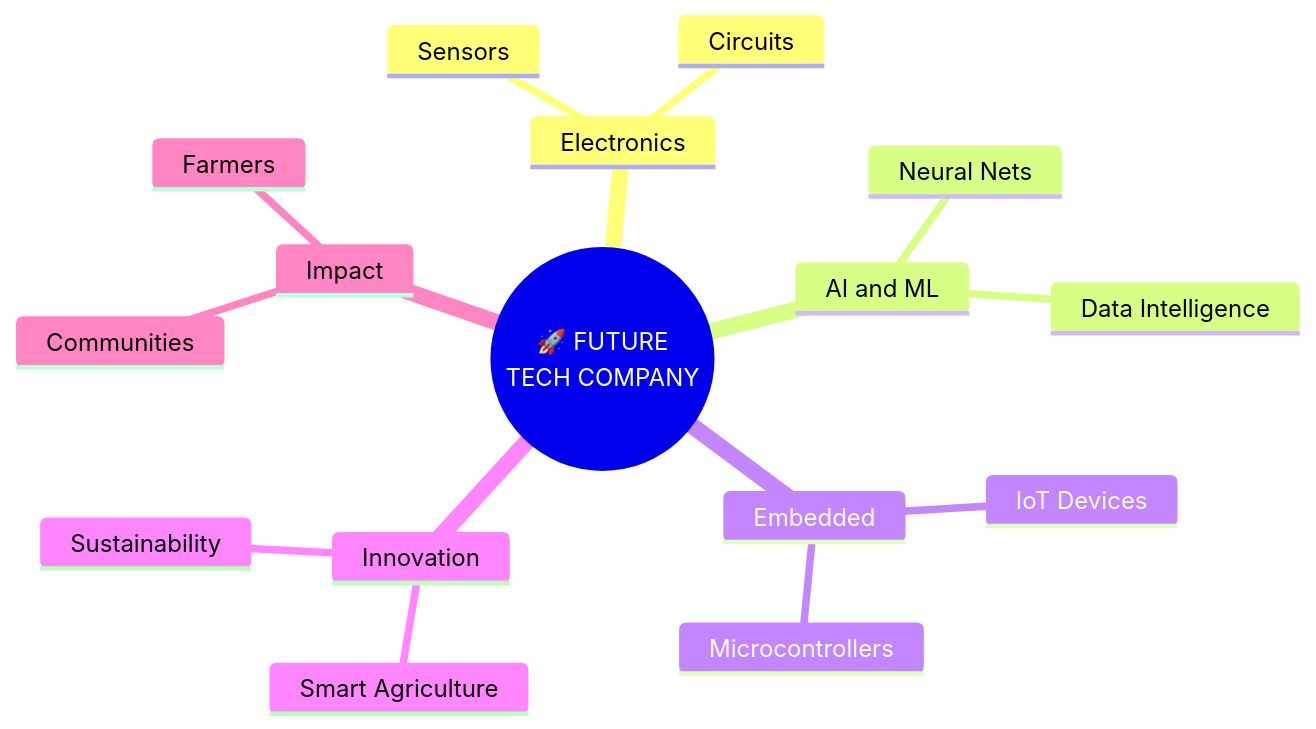
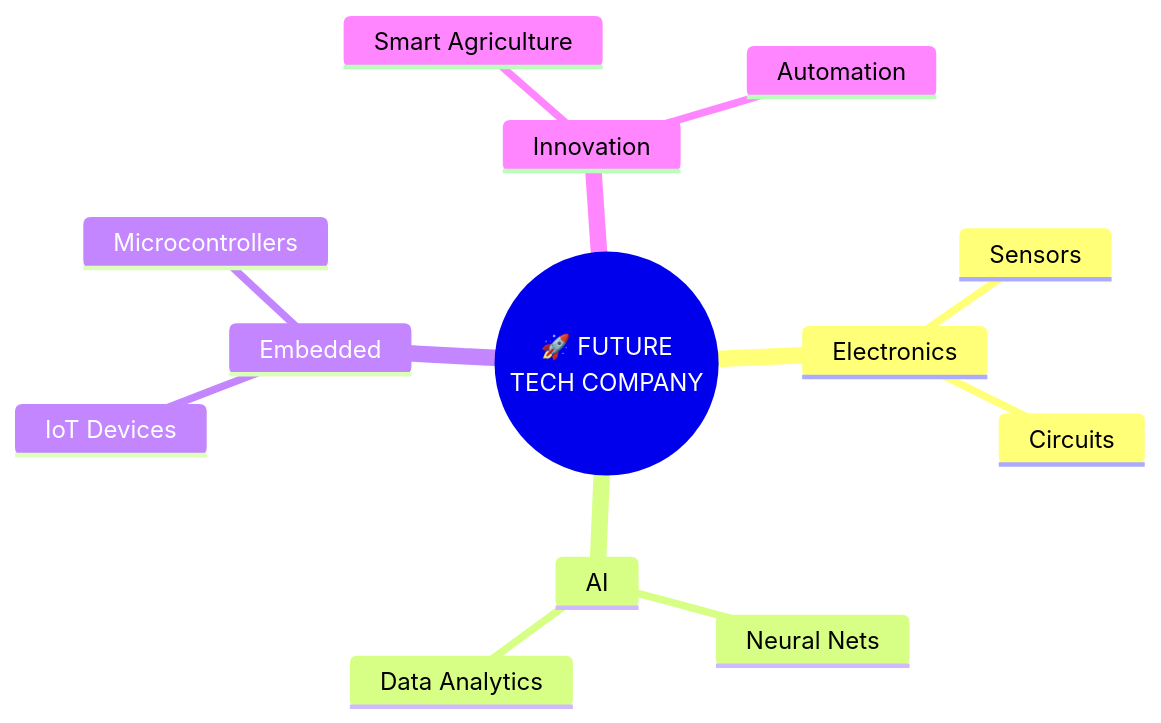
One commit to sabeeshvar/Portfolio changed the second of 2 diagrams in README.md. Above: the diagram before and after it, drawn with Mermaid. The commit also changed other lines of this file, not shown here.

````diff
--- a/README.md
+++ b/README.md
@@ -596,19 +364,16 @@
 ```mermaid
 mindmap
   root((🚀 FUTURE<br/>TECH COMPANY))
     Electronics
       Sensors
       Circuits
-    AI and ML
+    AI
       Neural Nets
-      Data Intelligence
+      Data Analytics
     Embedded
       IoT Devices
       Microcontrollers
     Innovation
       Smart Agriculture
-      Sustainability
-    Impact
-      Farmers
-      Communities
+      Automation
 ```
````
